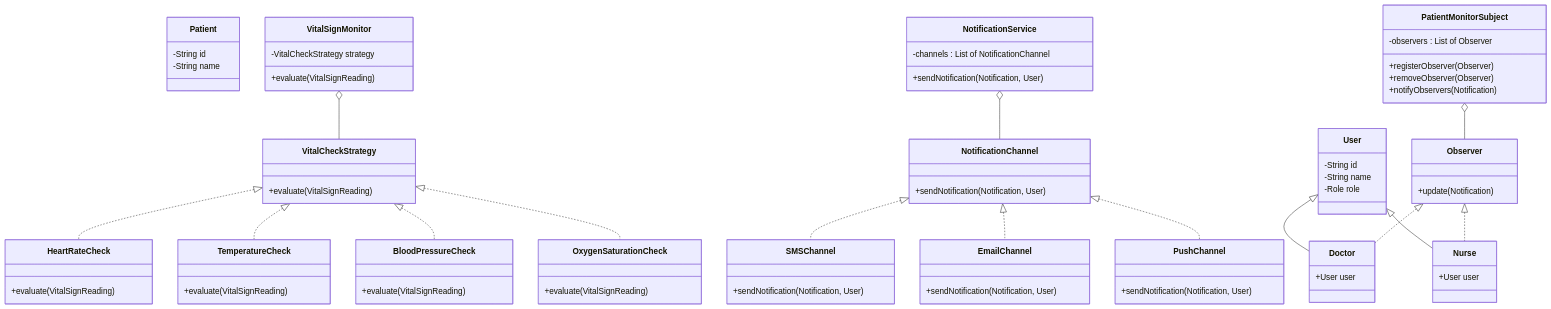
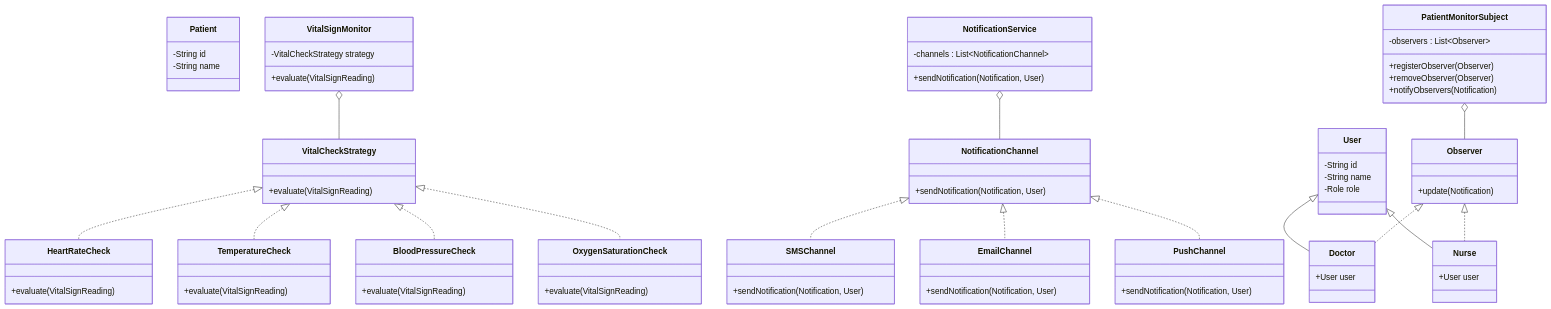
The diagram in projects/notification-system/README.md (aaditshah18/low-level-design-java), drawn with Mermaid before and after one commit. The commit also changed other lines of this file and 1 other file, not shown here.

Commit message:
Beautify the readme for splitwise and notification service

```diff
--- a/projects/notification-system/README.md
+++ b/projects/notification-system/README.md
@@ -61,7 +68,7 @@
     }
 
     class NotificationService {
-        -channels : List of NotificationChannel
+        -channels : List~NotificationChannel~
         +sendNotification(Notification, User)
     }
 
@@ -82,7 +89,7 @@
     }
 
     class PatientMonitorSubject {
-        -observers : List of Observer
+        -observers : List~Observer~
         +registerObserver(Observer)
         +removeObserver(Observer)
         +notifyObservers(Notification)
```
